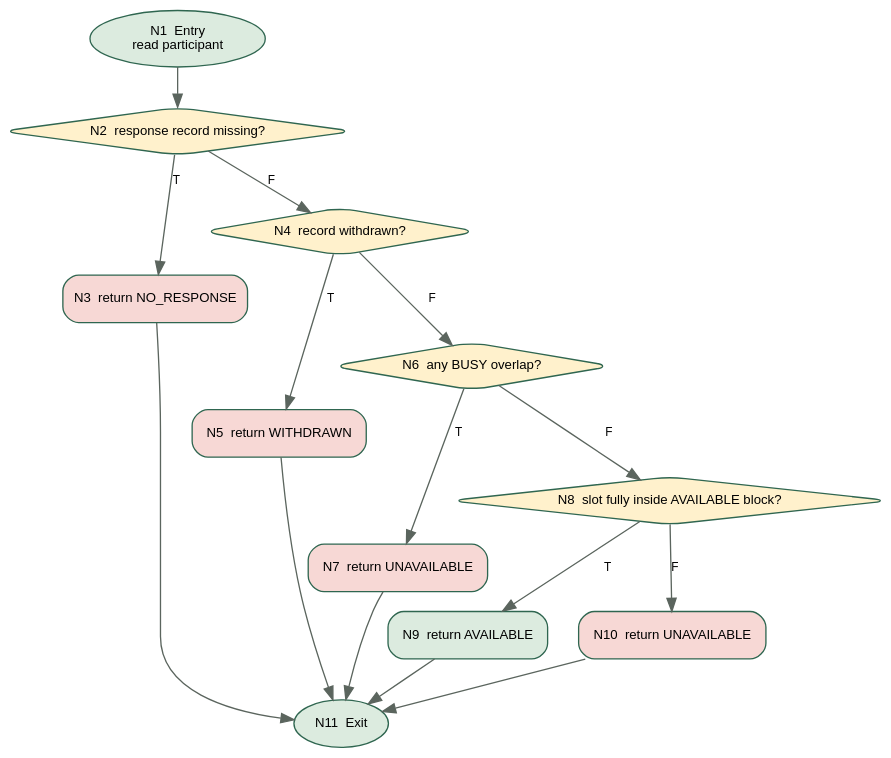
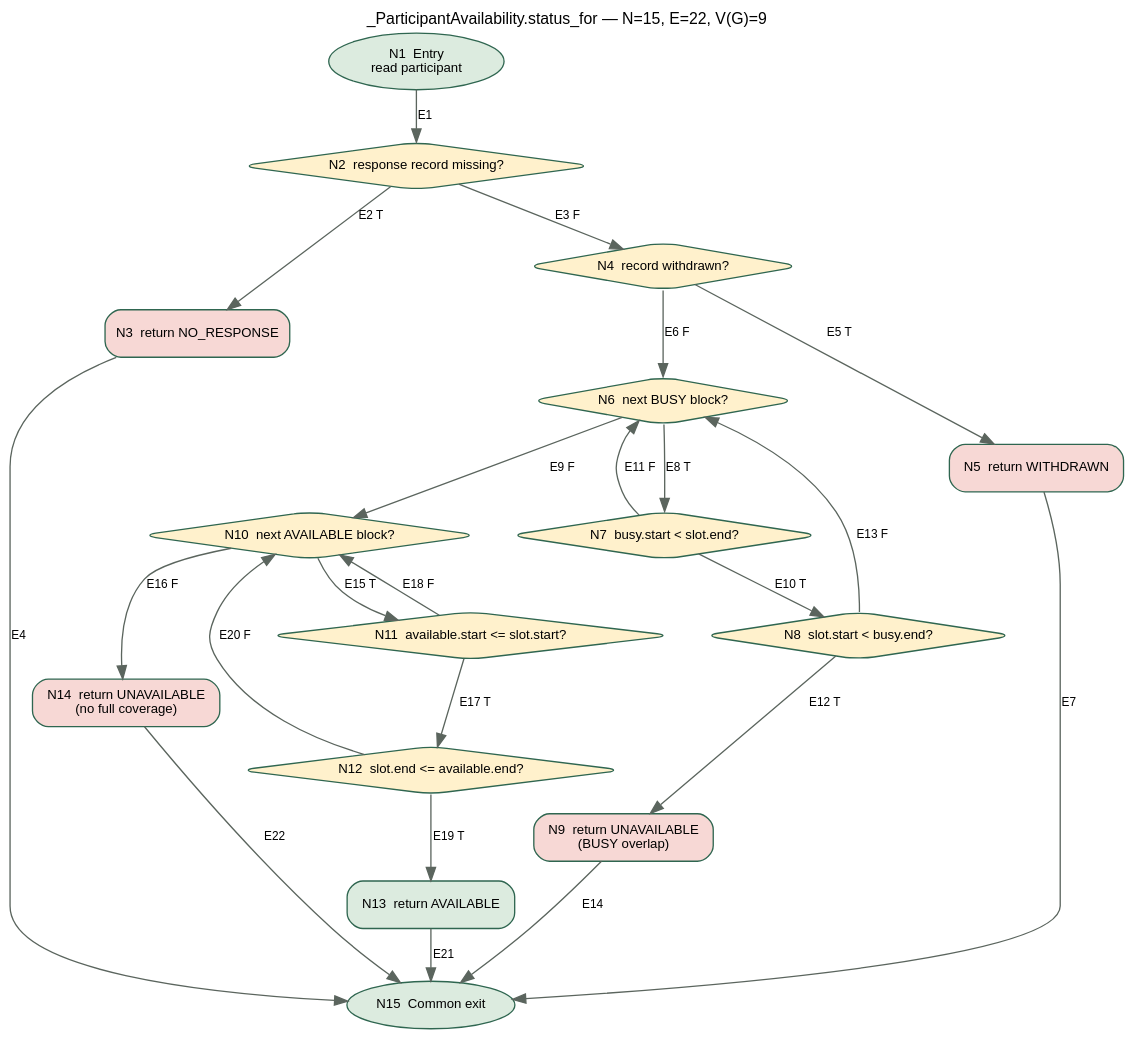
Before and after one commit to Ziru815/group-scheduling-production-pilot: the diagram in docs/lab4/cfg_participant_availability.dot, drawn with Graphviz. The commit also changed 3 other files, not shown here.

```diff
--- a/docs/lab4/cfg_participant_availability.dot
+++ b/docs/lab4/cfg_participant_availability.dot
@@ -1,32 +1,47 @@
 digraph participant_availability_status {
-  graph [rankdir=TB, bgcolor="transparent", pad=0.25, nodesep=0.32, ranksep=0.42];
-  node [shape=box, style="rounded,filled", fillcolor="#F7F4EC", color="#2F6650", fontname="Helvetica", fontsize=10];
+  graph [rankdir=TB, bgcolor="transparent", pad=0.25, nodesep=0.32, ranksep=0.42,
+         label="_ParticipantAvailability.status_for — N=15, E=22, V(G)=9", labelloc=t,
+         fontname="Helvetica", fontsize=12];
+  node [shape=box, style="rounded,filled", fillcolor="#F7F4EC", color="#2F6650",
+        fontname="Helvetica", fontsize=10];
   edge [color="#5B655E", fontname="Helvetica", fontsize=9];
 
   N1 [label="N1  Entry\nread participant", shape=oval, fillcolor="#DCEBDF"];
   N2 [label="N2  response record missing?", shape=diamond, fillcolor="#FFF1CC"];
   N3 [label="N3  return NO_RESPONSE", fillcolor="#F7D8D5"];
   N4 [label="N4  record withdrawn?", shape=diamond, fillcolor="#FFF1CC"];
   N5 [label="N5  return WITHDRAWN", fillcolor="#F7D8D5"];
-  N6 [label="N6  any BUSY overlap?", shape=diamond, fillcolor="#FFF1CC"];
-  N7 [label="N7  return UNAVAILABLE", fillcolor="#F7D8D5"];
-  N8 [label="N8  slot fully inside AVAILABLE block?", shape=diamond, fillcolor="#FFF1CC"];
-  N9 [label="N9  return AVAILABLE", fillcolor="#DCEBDF"];
-  N10 [label="N10  return UNAVAILABLE", fillcolor="#F7D8D5"];
-  N11 [label="N11  Exit", shape=oval, fillcolor="#DCEBDF"];
+  N6 [label="N6  next BUSY block?", shape=diamond, fillcolor="#FFF1CC"];
+  N7 [label="N7  busy.start < slot.end?", shape=diamond, fillcolor="#FFF1CC"];
+  N8 [label="N8  slot.start < busy.end?", shape=diamond, fillcolor="#FFF1CC"];
+  N9 [label="N9  return UNAVAILABLE\n(BUSY overlap)", fillcolor="#F7D8D5"];
+  N10 [label="N10  next AVAILABLE block?", shape=diamond, fillcolor="#FFF1CC"];
+  N11 [label="N11  available.start <= slot.start?", shape=diamond, fillcolor="#FFF1CC"];
+  N12 [label="N12  slot.end <= available.end?", shape=diamond, fillcolor="#FFF1CC"];
+  N13 [label="N13  return AVAILABLE", fillcolor="#DCEBDF"];
+  N14 [label="N14  return UNAVAILABLE\n(no full coverage)", fillcolor="#F7D8D5"];
+  N15 [label="N15  Common exit", shape=oval, fillcolor="#DCEBDF"];
 
-  N1 -> N2;
-  N2 -> N3 [label="T"];
-  N2 -> N4 [label="F"];
-  N3 -> N11;
-  N4 -> N5 [label="T"];
-  N4 -> N6 [label="F"];
-  N5 -> N11;
-  N6 -> N7 [label="T"];
-  N6 -> N8 [label="F"];
-  N7 -> N11;
-  N8 -> N9 [label="T"];
-  N8 -> N10 [label="F"];
-  N9 -> N11;
-  N10 -> N11;
+  N1 -> N2 [label="E1"];
+  N2 -> N3 [label="E2 T"];
+  N2 -> N4 [label="E3 F"];
+  N3 -> N15 [label="E4"];
+  N4 -> N5 [label="E5 T"];
+  N4 -> N6 [label="E6 F"];
+  N5 -> N15 [label="E7"];
+  N6 -> N7 [label="E8 T"];
+  N6 -> N10 [label="E9 F"];
+  N7 -> N8 [label="E10 T"];
+  N7 -> N6 [label="E11 F"];
+  N8 -> N9 [label="E12 T"];
+  N8 -> N6 [label="E13 F"];
+  N9 -> N15 [label="E14"];
+  N10 -> N11 [label="E15 T"];
+  N10 -> N14 [label="E16 F"];
+  N11 -> N12 [label="E17 T"];
+  N11 -> N10 [label="E18 F"];
+  N12 -> N13 [label="E19 T"];
+  N12 -> N10 [label="E20 F"];
+  N13 -> N15 [label="E21"];
+  N14 -> N15 [label="E22"];
 }
```
